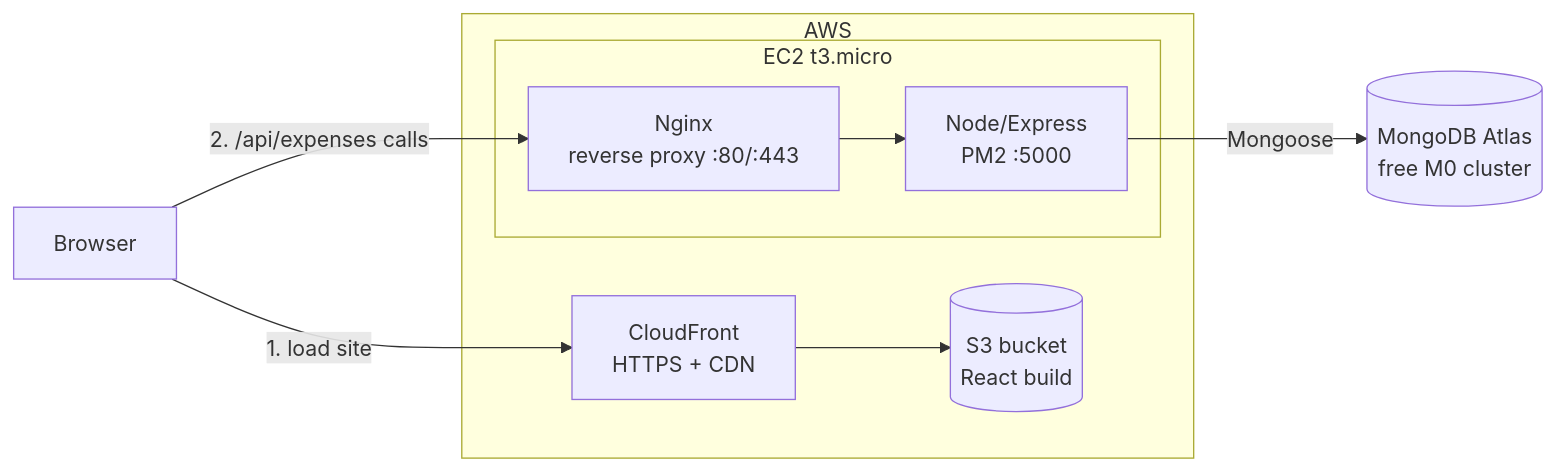
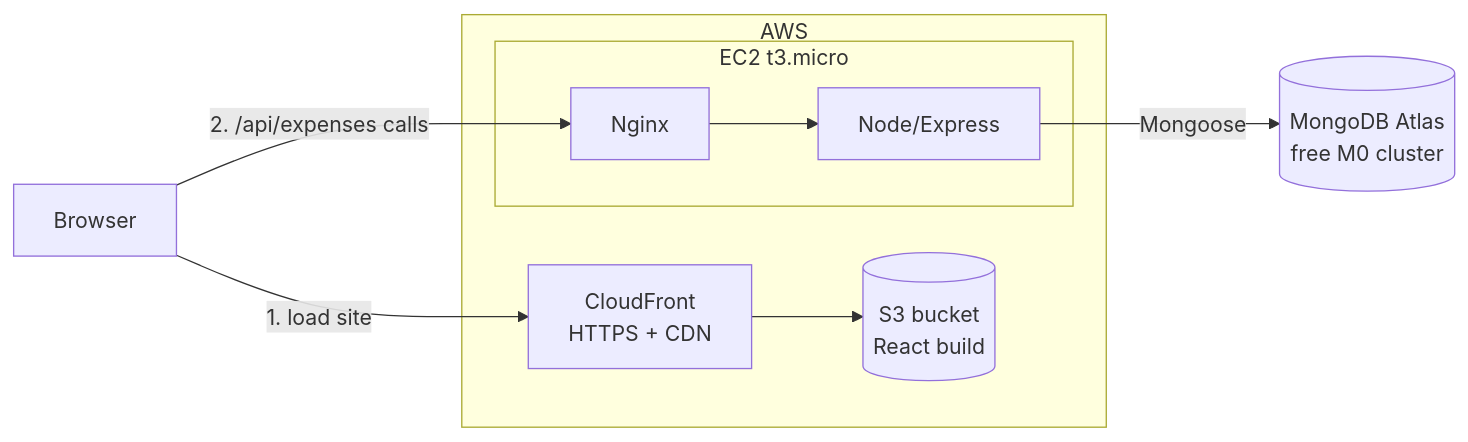
Before and after one commit to Shreyansh9016/Expense_Tracker: the first of 2 diagrams in README.md, drawn with Mermaid.

Commit message:
Simplify Nginx and API descriptions in README
Removed port information from Nginx and Node/Express descriptions.

````diff
--- a/README.md
+++ b/README.md
@@ -5,19 +5,19 @@
 ```mermaid
 flowchart LR
     U[Browser]
     subgraph AWS
         CF[CloudFront<br/>HTTPS + CDN]
         S3[(S3 bucket<br/>React build)]
         subgraph EC2[EC2 t3.micro]
-            NG[Nginx<br/>reverse proxy :80/:443]
-            API[Node/Express<br/>PM2 :5000]
+            NG[Nginx<br/>]
+            API[Node/Express<br/>]
         end
     end
     DB[(MongoDB Atlas<br/>free M0 cluster)]
 
     U -- "1. load site" --> CF
     CF --> S3
     U -- "2. /api/expenses calls" --> NG
     NG --> API
     API -- "Mongoose" --> DB
 ```
````
